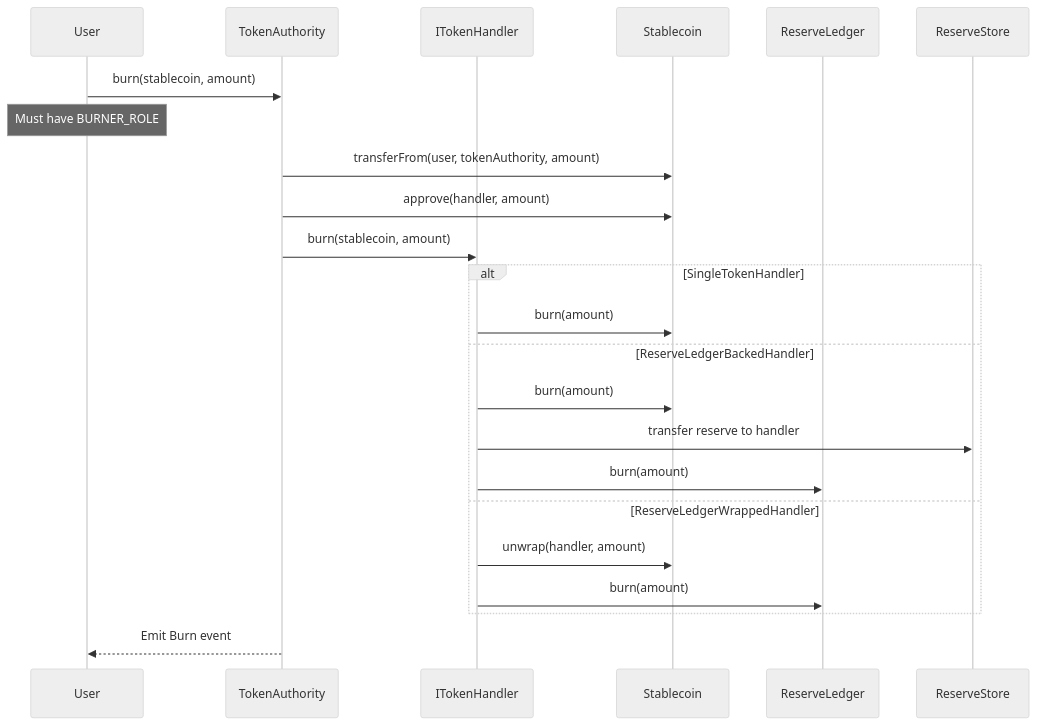
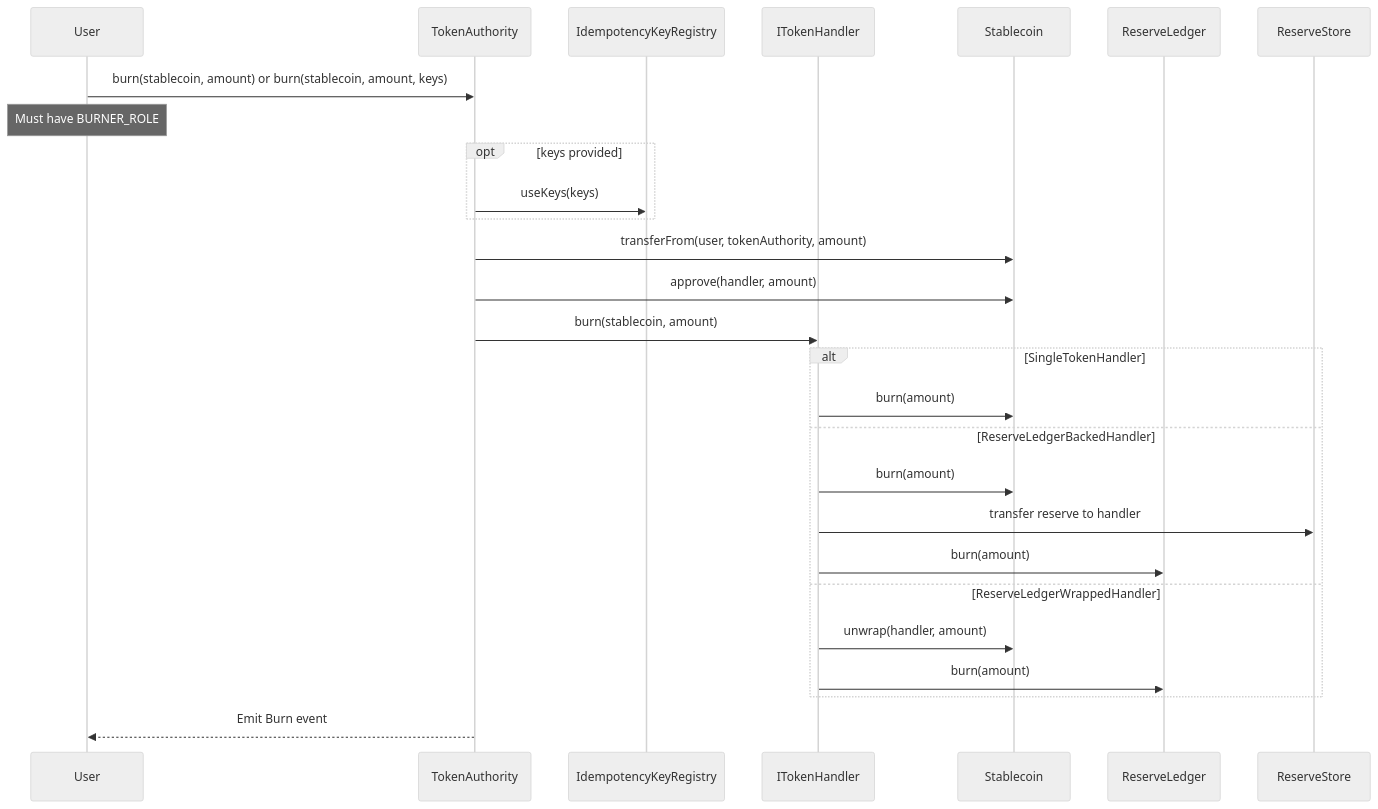
One commit to withbridge/erc20-stablecoin-template changed the third of 8 diagrams in docs/FLOWS.md. Above: the diagram before and after it, drawn with Mermaid (neutral theme). The commit also changed other lines of this file and 31 other files, not shown here.

Commit message:
update registry to track idempotency keys

````diff
--- a/docs/FLOWS.md
+++ b/docs/FLOWS.md
@@ -55,28 +63,32 @@
 ```mermaid
 sequenceDiagram
     participant User
     participant TA as TokenAuthority
+    participant Registry as IdempotencyKeyRegistry
     participant Handler as ITokenHandler
     participant SC as Stablecoin
     participant RL as ReserveLedger
     participant RS as ReserveStore
 
-    User->>TA: burn(stablecoin, amount)
+    User->>TA: burn(stablecoin, amount) or burn(stablecoin, amount, keys)
     Note over User: Must have BURNER_ROLE
+    opt keys provided
+        TA->>Registry: useKeys(keys)
+    end
     TA->>SC: transferFrom(user, tokenAuthority, amount)
     TA->>SC: approve(handler, amount)
     TA->>Handler: burn(stablecoin, amount)
 
     alt SingleTokenHandler
         Handler->>SC: burn(amount)
     else ReserveLedgerBackedHandler
         Handler->>SC: burn(amount)
         Handler->>RS: transfer reserve to handler
         Handler->>RL: burn(amount)
     else ReserveLedgerWrappedHandler
         Handler->>SC: unwrap(handler, amount)
         Handler->>RL: burn(amount)
     end
 
     TA-->>User: Emit Burn event
 ```
````
